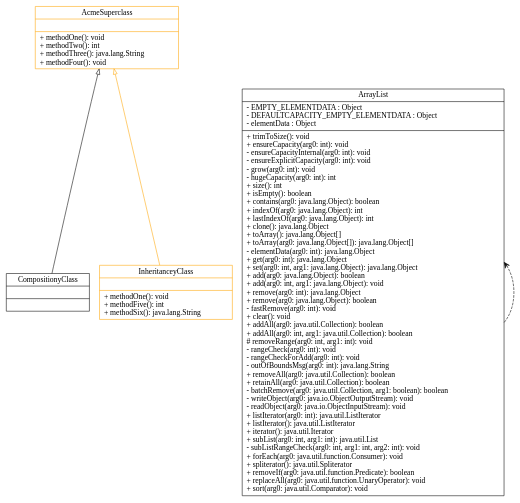
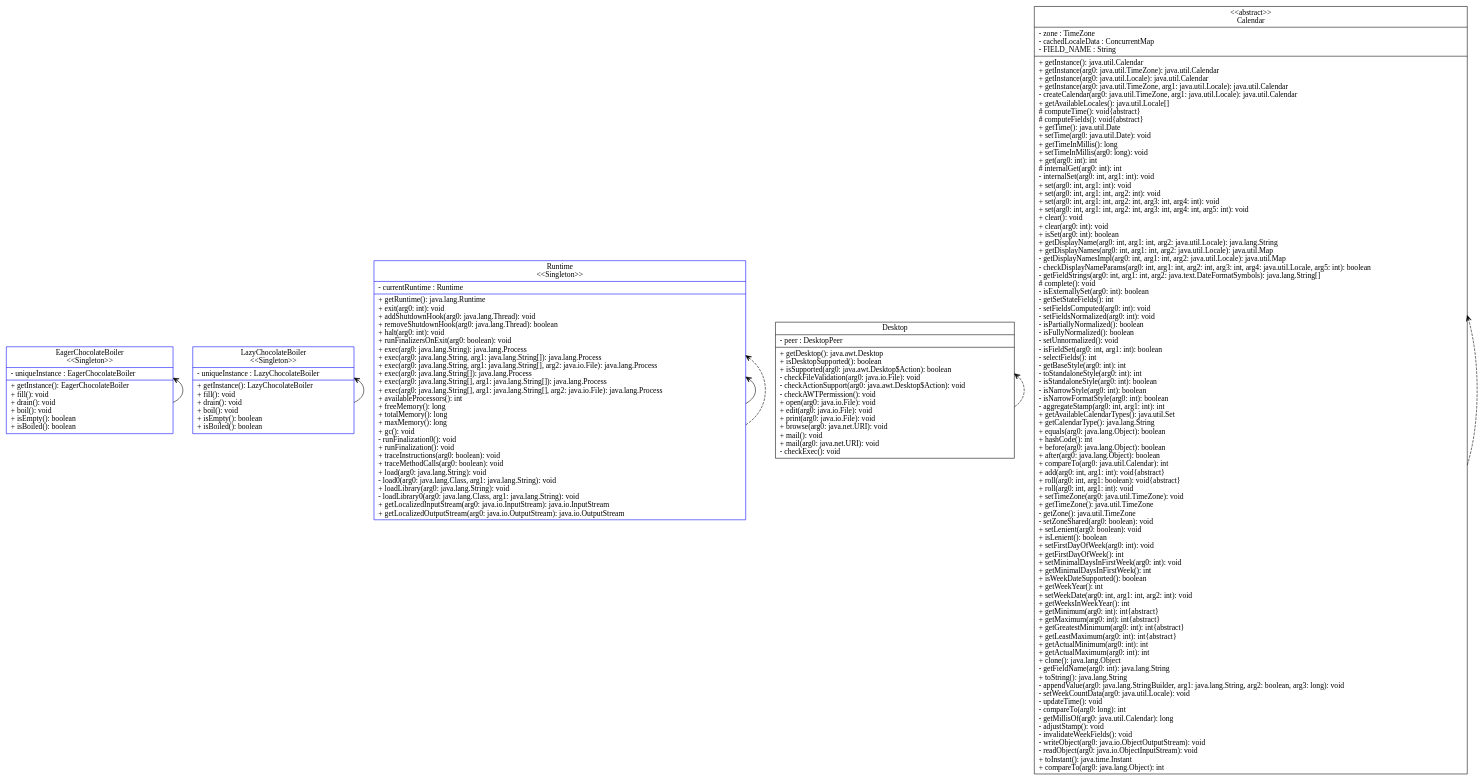
Before and after one commit to KennanFrench/-CSSE374-The-Observers: the diagram in FinalProject/test.gv, drawn with Graphviz. The commit also changed 17 other files, not shown here.

```diff
--- a/FinalProject/test.gv
+++ b/FinalProject/test.gv
@@ -1,80 +1,180 @@
 digraph ILoveThisProject{
 rankdir=BT;
-AcmeSuperclass [
+EagerChocolateBoiler [
  shape="record",
- color="orange"
- label="{AcmeSuperclass | |+ methodOne(): void\l
-+ methodTwo(): int\l
-+ methodThree(): java.lang.String\l
-+ methodFour(): void\l
+ color="blue"
+ label="{EagerChocolateBoiler\n\<\<Singleton\>\>\n | - uniqueInstance : EagerChocolateBoiler\l|+ getInstance(): EagerChocolateBoiler\l
++ fill(): void\l
++ drain(): void\l
++ boil(): void\l
++ isEmpty(): boolean\l
++ isBoiled(): boolean\l
 }" 
 ];
-CompositionyClass [
+LazyChocolateBoiler [
+ shape="record",
+ color="blue"
+ label="{LazyChocolateBoiler\n\<\<Singleton\>\>\n | - uniqueInstance : LazyChocolateBoiler\l|+ getInstance(): LazyChocolateBoiler\l
++ fill(): void\l
++ drain(): void\l
++ boil(): void\l
++ isEmpty(): boolean\l
++ isBoiled(): boolean\l
+}" 
+];
+Runtime [
+ shape="record",
+ color="blue"
+ label="{Runtime\n\<\<Singleton\>\>\n | - currentRuntime : Runtime\l|+ getRuntime(): java.lang.Runtime\l
++ exit(arg0: int): void\l
++ addShutdownHook(arg0: java.lang.Thread): void\l
++ removeShutdownHook(arg0: java.lang.Thread): boolean\l
++ halt(arg0: int): void\l
++ runFinalizersOnExit(arg0: boolean): void\l
++ exec(arg0: java.lang.String): java.lang.Process\l
++ exec(arg0: java.lang.String, arg1: java.lang.String[]): java.lang.Process\l
++ exec(arg0: java.lang.String, arg1: java.lang.String[], arg2: java.io.File): java.lang.Process\l
++ exec(arg0: java.lang.String[]): java.lang.Process\l
++ exec(arg0: java.lang.String[], arg1: java.lang.String[]): java.lang.Process\l
++ exec(arg0: java.lang.String[], arg1: java.lang.String[], arg2: java.io.File): java.lang.Process\l
++ availableProcessors(): int\l
++ freeMemory(): long\l
++ totalMemory(): long\l
++ maxMemory(): long\l
++ gc(): void\l
+- runFinalization0(): void\l
++ runFinalization(): void\l
++ traceInstructions(arg0: boolean): void\l
++ traceMethodCalls(arg0: boolean): void\l
++ load(arg0: java.lang.String): void\l
+- load0(arg0: java.lang.Class, arg1: java.lang.String): void\l
++ loadLibrary(arg0: java.lang.String): void\l
+- loadLibrary0(arg0: java.lang.Class, arg1: java.lang.String): void\l
++ getLocalizedInputStream(arg0: java.io.InputStream): java.io.InputStream\l
++ getLocalizedOutputStream(arg0: java.io.OutputStream): java.io.OutputStream\l
+}" 
+];
+Desktop [
  shape="record",
  color="null"
- label="{CompositionyClass | |}" 
-];
-InheritanceyClass [
- shape="record",
- color="orange"
- label="{InheritanceyClass | |+ methodOne(): void\l
-+ methodFive(): int\l
-+ methodSix(): java.lang.String\l
+ label="{Desktop | - peer : DesktopPeer\l|+ getDesktop(): java.awt.Desktop\l
++ isDesktopSupported(): boolean\l
++ isSupported(arg0: java.awt.Desktop$Action): boolean\l
+- checkFileValidation(arg0: java.io.File): void\l
+- checkActionSupport(arg0: java.awt.Desktop$Action): void\l
+- checkAWTPermission(): void\l
++ open(arg0: java.io.File): void\l
++ edit(arg0: java.io.File): void\l
++ print(arg0: java.io.File): void\l
++ browse(arg0: java.net.URI): void\l
++ mail(): void\l
++ mail(arg0: java.net.URI): void\l
+- checkExec(): void\l
 }" 
 ];
-ArrayList [
+Calendar [
  shape="record",
  color="null"
- label="{ArrayList | - EMPTY_ELEMENTDATA : Object\l- DEFAULTCAPACITY_EMPTY_ELEMENTDATA : Object\l- elementData : Object\l|+ trimToSize(): void\l
-+ ensureCapacity(arg0: int): void\l
-- ensureCapacityInternal(arg0: int): void\l
-- ensureExplicitCapacity(arg0: int): void\l
-- grow(arg0: int): void\l
-- hugeCapacity(arg0: int): int\l
-+ size(): int\l
-+ isEmpty(): boolean\l
-+ contains(arg0: java.lang.Object): boolean\l
-+ indexOf(arg0: java.lang.Object): int\l
-+ lastIndexOf(arg0: java.lang.Object): int\l
+ label="{\<\<abstract\>\>\n
+Calendar | - zone : TimeZone\l- cachedLocaleData : ConcurrentMap\l- FIELD_NAME : String\l|+ getInstance(): java.util.Calendar\l
++ getInstance(arg0: java.util.TimeZone): java.util.Calendar\l
++ getInstance(arg0: java.util.Locale): java.util.Calendar\l
++ getInstance(arg0: java.util.TimeZone, arg1: java.util.Locale): java.util.Calendar\l
+- createCalendar(arg0: java.util.TimeZone, arg1: java.util.Locale): java.util.Calendar\l
++ getAvailableLocales(): java.util.Locale[]\l
+# computeTime(): void\{abstract\}\l
+# computeFields(): void\{abstract\}\l
++ getTime(): java.util.Date\l
++ setTime(arg0: java.util.Date): void\l
++ getTimeInMillis(): long\l
++ setTimeInMillis(arg0: long): void\l
++ get(arg0: int): int\l
+# internalGet(arg0: int): int\l
+- internalSet(arg0: int, arg1: int): void\l
++ set(arg0: int, arg1: int): void\l
++ set(arg0: int, arg1: int, arg2: int): void\l
++ set(arg0: int, arg1: int, arg2: int, arg3: int, arg4: int): void\l
++ set(arg0: int, arg1: int, arg2: int, arg3: int, arg4: int, arg5: int): void\l
++ clear(): void\l
++ clear(arg0: int): void\l
++ isSet(arg0: int): boolean\l
++ getDisplayName(arg0: int, arg1: int, arg2: java.util.Locale): java.lang.String\l
++ getDisplayNames(arg0: int, arg1: int, arg2: java.util.Locale): java.util.Map\l
+- getDisplayNamesImpl(arg0: int, arg1: int, arg2: java.util.Locale): java.util.Map\l
+- checkDisplayNameParams(arg0: int, arg1: int, arg2: int, arg3: int, arg4: java.util.Locale, arg5: int): boolean\l
+- getFieldStrings(arg0: int, arg1: int, arg2: java.text.DateFormatSymbols): java.lang.String[]\l
+# complete(): void\l
+- isExternallySet(arg0: int): boolean\l
+- getSetStateFields(): int\l
+- setFieldsComputed(arg0: int): void\l
+- setFieldsNormalized(arg0: int): void\l
+- isPartiallyNormalized(): boolean\l
+- isFullyNormalized(): boolean\l
+- setUnnormalized(): void\l
+- isFieldSet(arg0: int, arg1: int): boolean\l
+- selectFields(): int\l
+- getBaseStyle(arg0: int): int\l
+- toStandaloneStyle(arg0: int): int\l
+- isStandaloneStyle(arg0: int): boolean\l
+- isNarrowStyle(arg0: int): boolean\l
+- isNarrowFormatStyle(arg0: int): boolean\l
+- aggregateStamp(arg0: int, arg1: int): int\l
++ getAvailableCalendarTypes(): java.util.Set\l
++ getCalendarType(): java.lang.String\l
++ equals(arg0: java.lang.Object): boolean\l
++ hashCode(): int\l
++ before(arg0: java.lang.Object): boolean\l
++ after(arg0: java.lang.Object): boolean\l
++ compareTo(arg0: java.util.Calendar): int\l
++ add(arg0: int, arg1: int): void\{abstract\}\l
++ roll(arg0: int, arg1: boolean): void\{abstract\}\l
++ roll(arg0: int, arg1: int): void\l
++ setTimeZone(arg0: java.util.TimeZone): void\l
++ getTimeZone(): java.util.TimeZone\l
+- getZone(): java.util.TimeZone\l
+- setZoneShared(arg0: boolean): void\l
++ setLenient(arg0: boolean): void\l
++ isLenient(): boolean\l
++ setFirstDayOfWeek(arg0: int): void\l
++ getFirstDayOfWeek(): int\l
++ setMinimalDaysInFirstWeek(arg0: int): void\l
++ getMinimalDaysInFirstWeek(): int\l
++ isWeekDateSupported(): boolean\l
++ getWeekYear(): int\l
++ setWeekDate(arg0: int, arg1: int, arg2: int): void\l
++ getWeeksInWeekYear(): int\l
++ getMinimum(arg0: int): int\{abstract\}\l
++ getMaximum(arg0: int): int\{abstract\}\l
++ getGreatestMinimum(arg0: int): int\{abstract\}\l
++ getLeastMaximum(arg0: int): int\{abstract\}\l
++ getActualMinimum(arg0: int): int\l
++ getActualMaximum(arg0: int): int\l
 + clone(): java.lang.Object\l
-+ toArray(): java.lang.Object[]\l
-+ toArray(arg0: java.lang.Object[]): java.lang.Object[]\l
-- elementData(arg0: int): java.lang.Object\l
-+ get(arg0: int): java.lang.Object\l
-+ set(arg0: int, arg1: java.lang.Object): java.lang.Object\l
-+ add(arg0: java.lang.Object): boolean\l
-+ add(arg0: int, arg1: java.lang.Object): void\l
-+ remove(arg0: int): java.lang.Object\l
-+ remove(arg0: java.lang.Object): boolean\l
-- fastRemove(arg0: int): void\l
-+ clear(): void\l
-+ addAll(arg0: java.util.Collection): boolean\l
-+ addAll(arg0: int, arg1: java.util.Collection): boolean\l
-# removeRange(arg0: int, arg1: int): void\l
-- rangeCheck(arg0: int): void\l
-- rangeCheckForAdd(arg0: int): void\l
-- outOfBoundsMsg(arg0: int): java.lang.String\l
-+ removeAll(arg0: java.util.Collection): boolean\l
-+ retainAll(arg0: java.util.Collection): boolean\l
-- batchRemove(arg0: java.util.Collection, arg1: boolean): boolean\l
+- getFieldName(arg0: int): java.lang.String\l
++ toString(): java.lang.String\l
+- appendValue(arg0: java.lang.StringBuilder, arg1: java.lang.String, arg2: boolean, arg3: long): void\l
+- setWeekCountData(arg0: java.util.Locale): void\l
+- updateTime(): void\l
+- compareTo(arg0: long): int\l
+- getMillisOf(arg0: java.util.Calendar): long\l
+- adjustStamp(): void\l
+- invalidateWeekFields(): void\l
 - writeObject(arg0: java.io.ObjectOutputStream): void\l
 - readObject(arg0: java.io.ObjectInputStream): void\l
-+ listIterator(arg0: int): java.util.ListIterator\l
-+ listIterator(): java.util.ListIterator\l
-+ iterator(): java.util.Iterator\l
-+ subList(arg0: int, arg1: int): java.util.List\l
-- subListRangeCheck(arg0: int, arg1: int, arg2: int): void\l
-+ forEach(arg0: java.util.function.Consumer): void\l
-+ spliterator(): java.util.Spliterator\l
-+ removeIf(arg0: java.util.function.Predicate): boolean\l
-+ replaceAll(arg0: java.util.function.UnaryOperator): void\l
-+ sort(arg0: java.util.Comparator): void\l
++ toInstant(): java.time.Instant\l
++ compareTo(arg0: java.lang.Object): int\l
 }" 
 ];
-CompositionyClass -> AcmeSuperclass [arrowhead="onormal", style="solid", taillabel = "", color = ""];
+EagerChocolateBoiler -> EagerChocolateBoiler [arrowhead="vee", style="solid", taillabel = "", color = ""];
 
-InheritanceyClass -> AcmeSuperclass [arrowhead="onormal", style="solid", taillabel = "", color = "orange"];
+LazyChocolateBoiler -> LazyChocolateBoiler [arrowhead="vee", style="solid", taillabel = "", color = ""];
 
-ArrayList -> ArrayList [arrowhead="vee", style="dashed", taillabel = "", color = ""];
+Runtime -> Runtime [arrowhead="vee", style="solid", taillabel = "", color = ""];
+
+Runtime -> Runtime [arrowhead="vee", style="dashed", taillabel = "", color = ""];
+
+Desktop -> Desktop [arrowhead="vee", style="dashed", taillabel = "", color = ""];
+
+Calendar -> Calendar [arrowhead="vee", style="dashed", taillabel = "", color = ""];
 
 }
```
